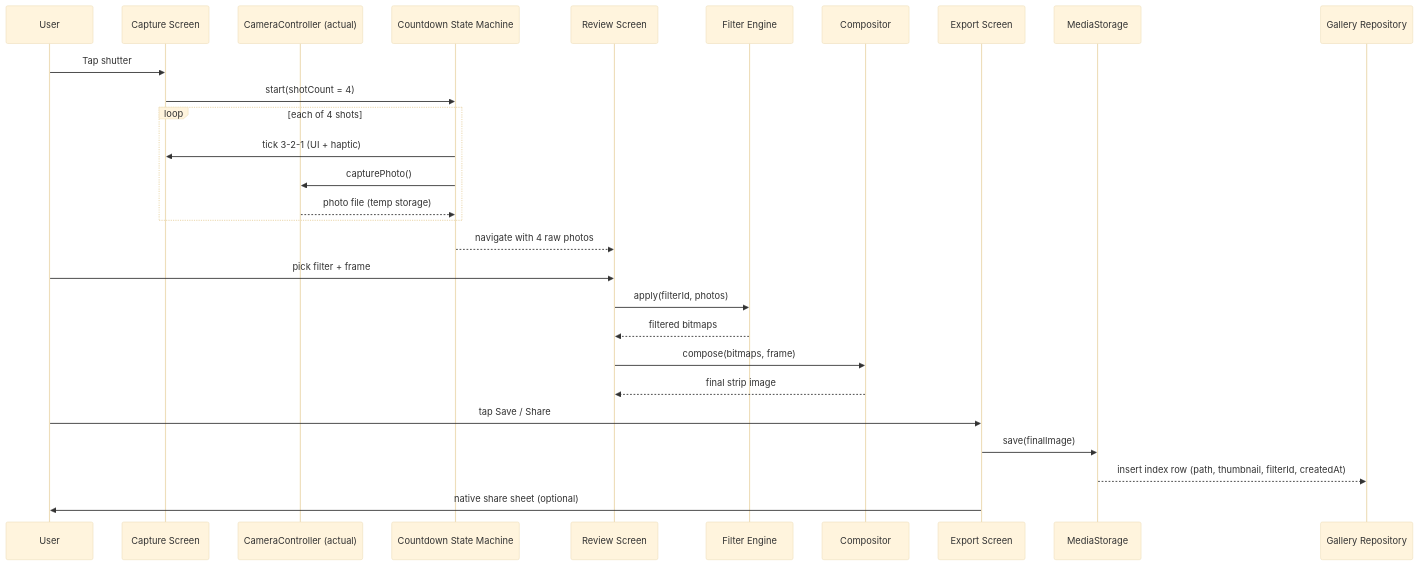
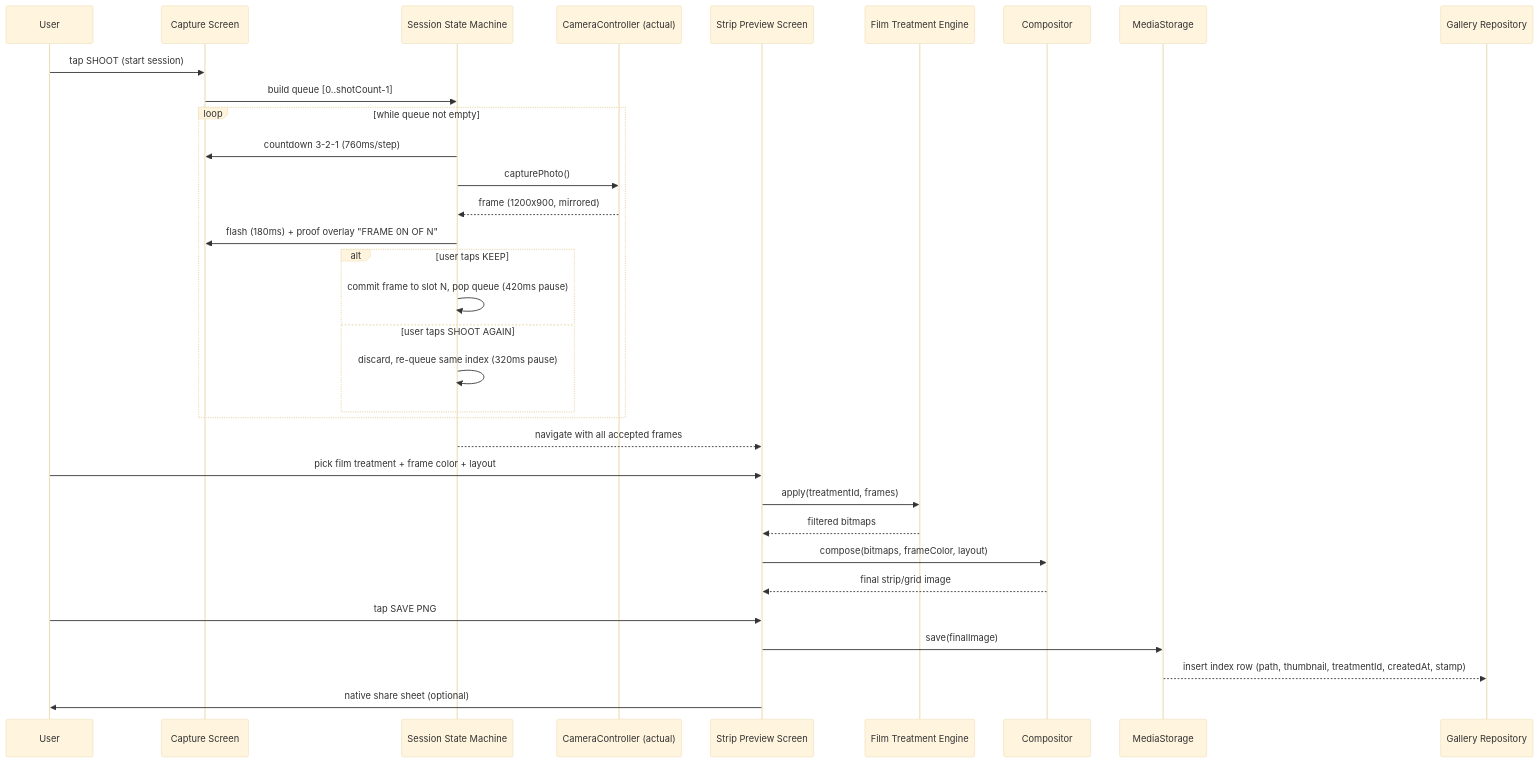
Before and after one commit to dhruv-d02/Photobooth: the second of 3 diagrams in architecture.md, drawn with Mermaid (base theme). The commit also changed other lines of this file and 6 other files, not shown here.

First line of the commit message:
Integrate design handoff into architecture and CLAUDE.md

````diff
--- a/architecture.md
+++ b/architecture.md
@@ -73,31 +82,36 @@
 ```mermaid
 sequenceDiagram
     participant U as User
-    participant CS as Capture Screen
+    participant Cap as Capture Screen
+    participant SM as Session State Machine
     participant CC as CameraController (actual)
-    participant SM as Countdown State Machine
-    participant RS as Review Screen
-    participant FE as Filter Engine
+    participant Prev as Strip Preview Screen
+    participant FE as Film Treatment Engine
     participant CP as Compositor
-    participant EX as Export Screen
     participant MS as MediaStorage
     participant GR as Gallery Repository
 
-    U->>CS: Tap shutter
-    CS->>SM: start(shotCount = 4)
-    loop each of 4 shots
-        SM->>CS: tick 3-2-1 (UI + haptic)
+    U->>Cap: tap SHOOT (start session)
+    Cap->>SM: build queue [0..shotCount-1]
+    loop while queue not empty
+        SM->>Cap: countdown 3-2-1 (760ms/step)
         SM->>CC: capturePhoto()
-        CC-->>SM: photo file (temp storage)
+        CC-->>SM: frame (1200x900, mirrored)
+        SM->>Cap: flash (180ms) + proof overlay "FRAME 0N OF N"
+        alt user taps KEEP
+            SM->>SM: commit frame to slot N, pop queue (420ms pause)
+        else user taps SHOOT AGAIN
+            SM->>SM: discard, re-queue same index (320ms pause)
+        end
     end
-    SM-->>RS: navigate with 4 raw photos
-    U->>RS: pick filter + frame
-    RS->>FE: apply(filterId, photos)
-    FE-->>RS: filtered bitmaps
-    RS->>CP: compose(bitmaps, frame)
-    CP-->>RS: final strip image
-    U->>EX: tap Save / Share
-    EX->>MS: save(finalImage)
-    MS-->>GR: insert index row (path, thumbnail, filterId, createdAt)
-    EX->>U: native share sheet (optional)
+    SM-->>Prev: navigate with all accepted frames
+    U->>Prev: pick film treatment + frame color + layout
+    Prev->>FE: apply(treatmentId, frames)
+    FE-->>Prev: filtered bitmaps
+    Prev->>CP: compose(bitmaps, frameColor, layout)
+    CP-->>Prev: final strip/grid image
+    U->>Prev: tap SAVE PNG
+    Prev->>MS: save(finalImage)
+    MS-->>GR: insert index row (path, thumbnail, treatmentId, createdAt, stamp)
+    Prev->>U: native share sheet (optional)
 ```
````
